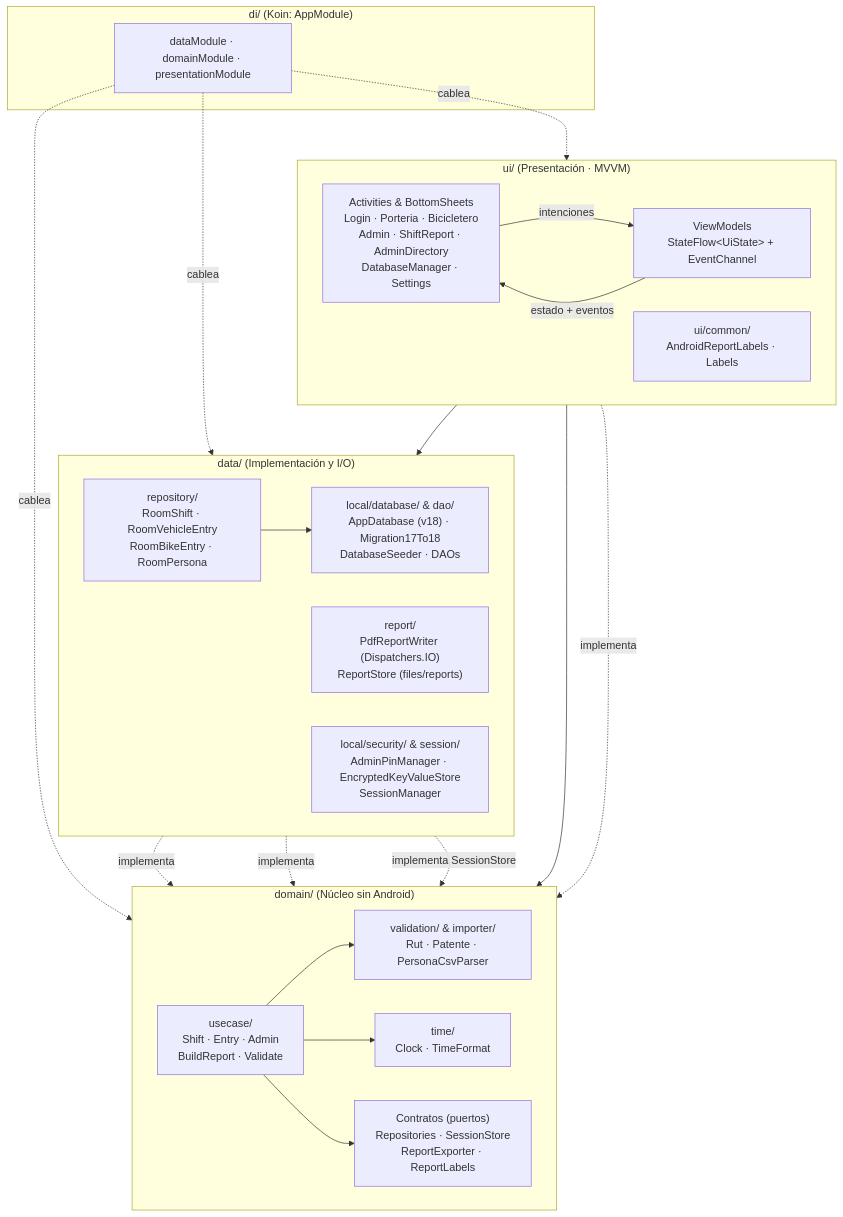
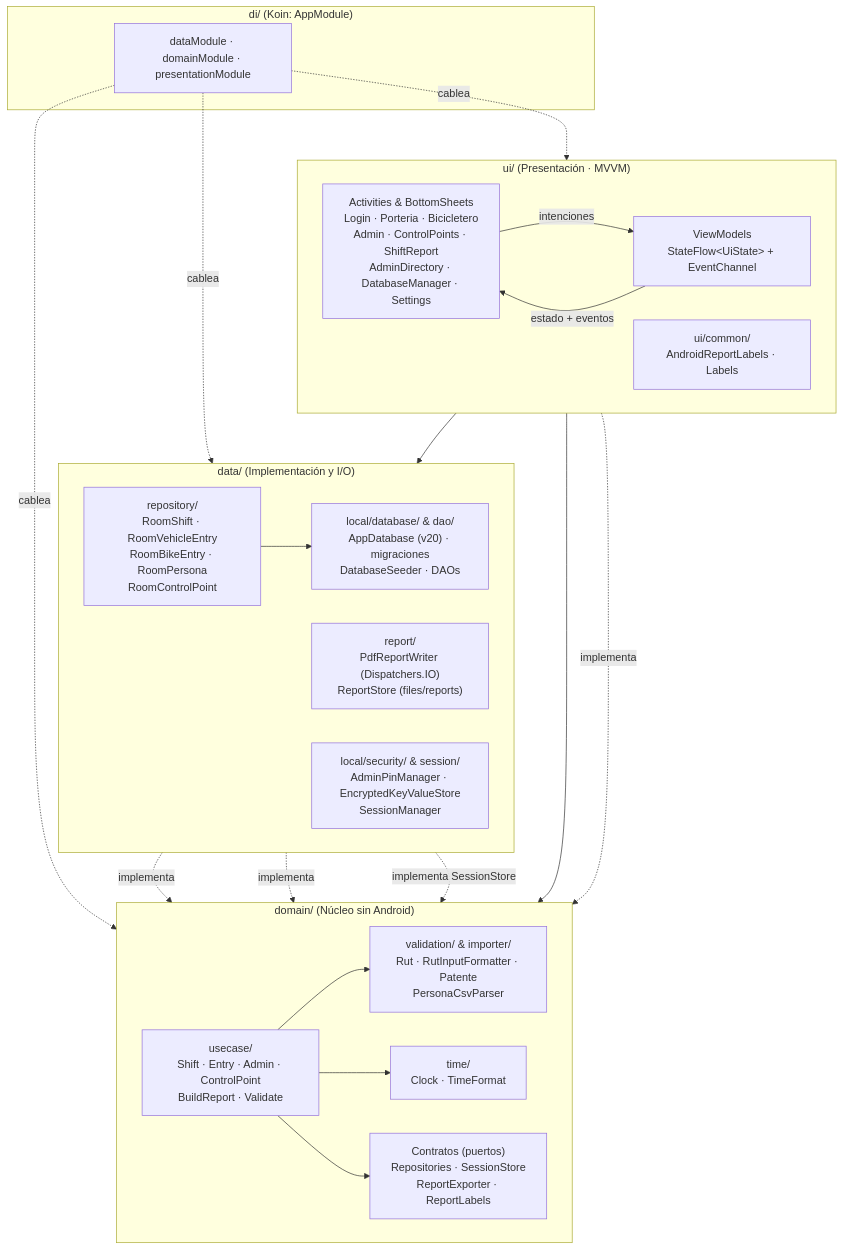
One commit to dur1al/controlate-android changed the second of 12 diagrams in docs/DIAGRAMS.md. Above: the diagram before and after it, drawn with Mermaid. The commit also changed other lines of this file and 4 other files, not shown here.

````diff
--- a/docs/DIAGRAMS.md
+++ b/docs/DIAGRAMS.md
@@ -46,45 +47,45 @@
 ```mermaid
 flowchart TB
     subgraph DI["di/ (Koin: AppModule)"]
         MOD["dataModule · domainModule · presentationModule"]
     end
 
     subgraph UI["ui/ (Presentación · MVVM)"]
         direction LR
-        ACT["Activities & BottomSheets<br/>Login · Porteria · Bicicletero<br/>Admin · ShiftReport · AdminDirectory<br/>DatabaseManager · Settings"]
+        ACT["Activities & BottomSheets<br/>Login · Porteria · Bicicletero<br/>Admin · ControlPoints · ShiftReport<br/>AdminDirectory · DatabaseManager · Settings"]
         VM["ViewModels<br/>StateFlow&lt;UiState&gt; + EventChannel"]
         LBL["ui/common/<br/>AndroidReportLabels · Labels"]
         ACT -->|intenciones| VM
         VM -->|estado + eventos| ACT
     end
 
     subgraph DOMAIN["domain/ (Núcleo sin Android)"]
         direction LR
-        UC["usecase/<br/>Shift · Entry · Admin<br/>BuildReport · Validate"]
-        VAL["validation/ & importer/<br/>Rut · Patente · PersonaCsvParser"]
+        UC["usecase/<br/>Shift · Entry · Admin · ControlPoint<br/>BuildReport · Validate"]
+        VAL["validation/ & importer/<br/>Rut · RutInputFormatter · Patente<br/>PersonaCsvParser"]
         TIME["time/<br/>Clock · TimeFormat"]
         PORT["Contratos (puertos)<br/>Repositories · SessionStore<br/>ReportExporter · ReportLabels"]
         UC --> VAL
         UC --> TIME
         UC --> PORT
     end
 
     subgraph DATA["data/ (Implementación y I/O)"]
         direction LR
-        ROOM["local/database/ & dao/<br/>AppDatabase (v18) · Migration17To18<br/>DatabaseSeeder · DAOs"]
-        REPO["repository/<br/>RoomShift · RoomVehicleEntry<br/>RoomBikeEntry · RoomPersona"]
+        ROOM["local/database/ & dao/<br/>AppDatabase (v20) · migraciones<br/>DatabaseSeeder · DAOs"]
+        REPO["repository/<br/>RoomShift · RoomVehicleEntry<br/>RoomBikeEntry · RoomPersona<br/>RoomControlPoint"]
         PDF["report/<br/>PdfReportWriter (Dispatchers.IO)<br/>ReportStore (files/reports)"]
         SEC["local/security/ & session/<br/>AdminPinManager · EncryptedKeyValueStore<br/>SessionManager"]
         REPO --> ROOM
     end
 
     VM --> UC
     VM --> SEC
     REPO -. implementa .-> PORT
     PDF -. implementa .-> PORT
     LBL -. implementa .-> PORT
     SEC -. implementa SessionStore .-> PORT
     MOD -. cablea .-> UI
     MOD -. cablea .-> DOMAIN
     MOD -. cablea .-> DATA
 ```
````
